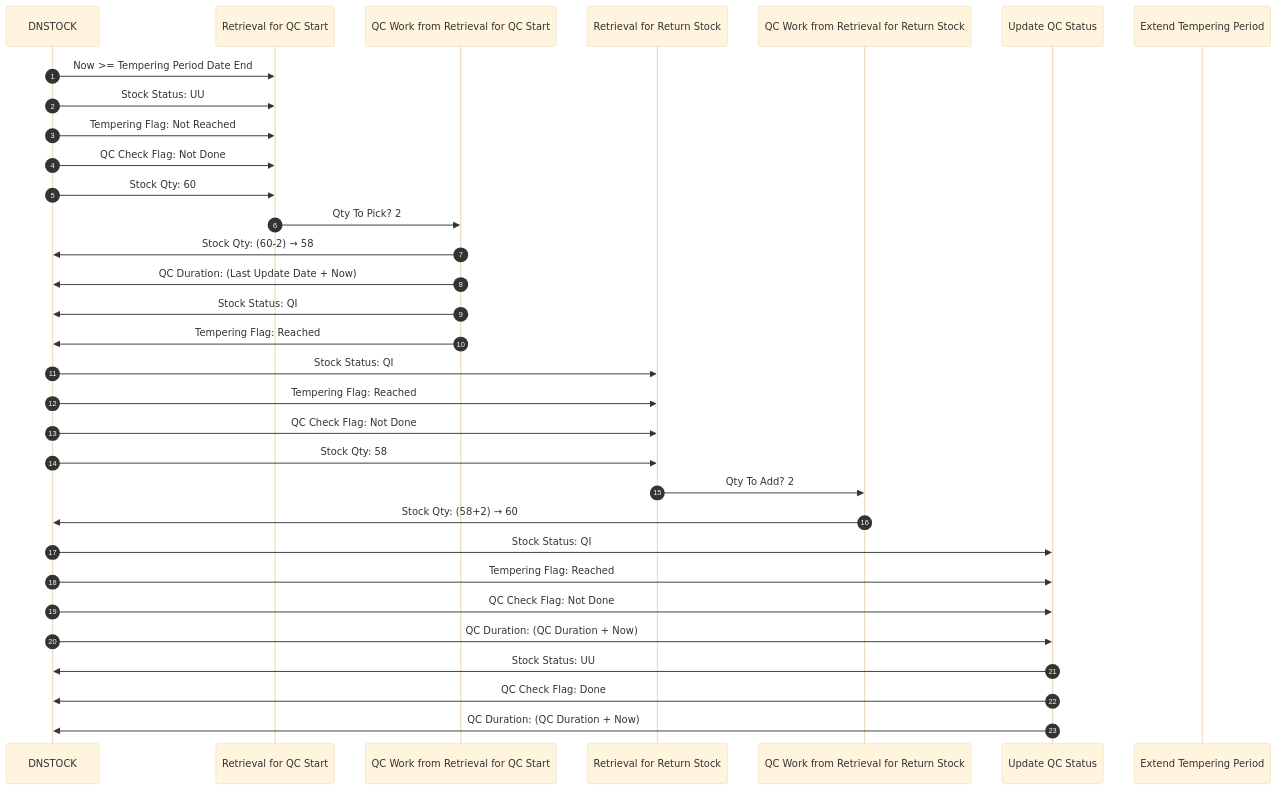
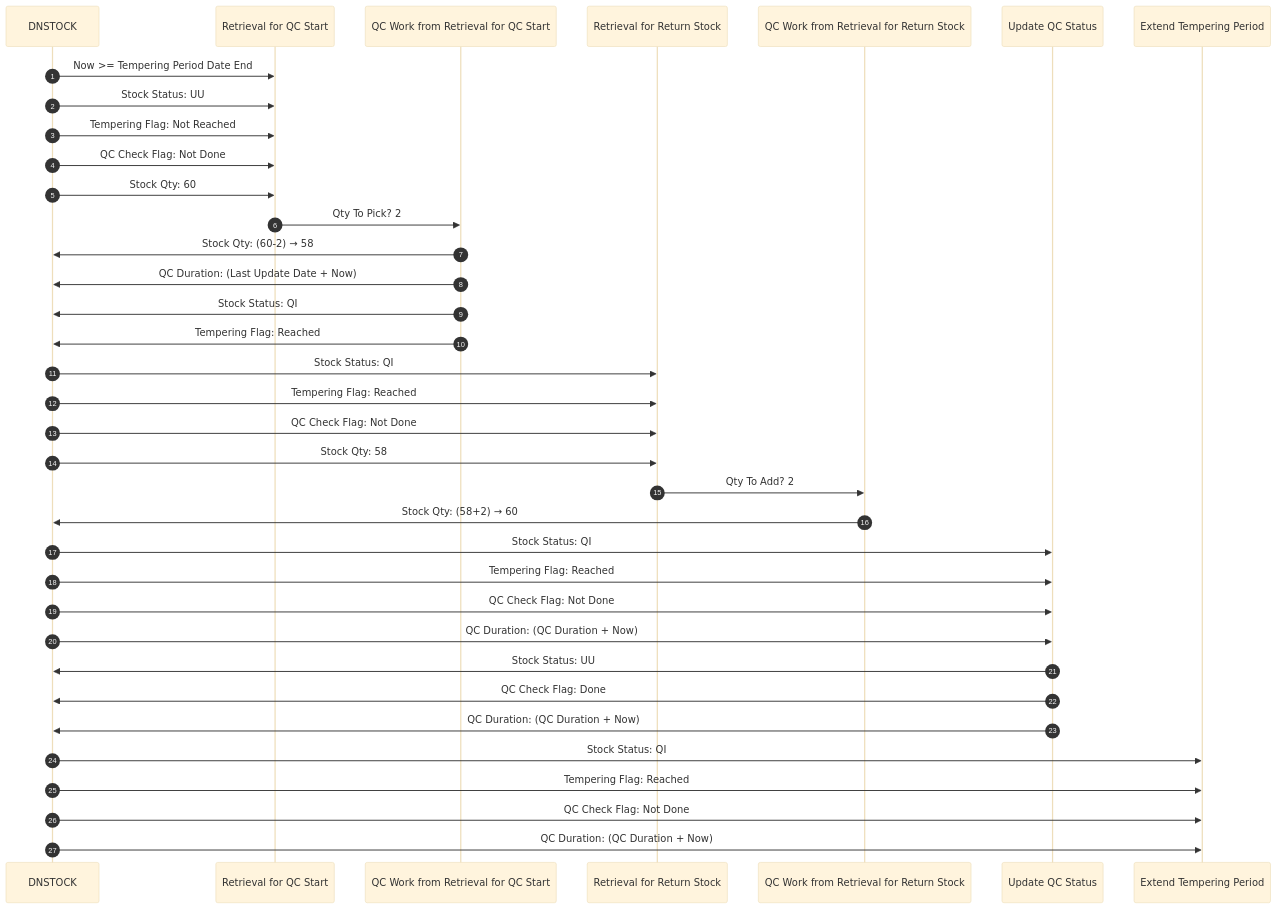
One commit to luthfiadityaa/SimeDarby-Wiki changed the diagram in Basic-Design/DFD-WMS/Retrieval/QC-Setting.md. Above: the diagram before and after it, drawn with Mermaid (base theme).

Commit message:
Updated QC Setting

```diff
--- a/Basic-Design/DFD-WMS/Retrieval/QC-Setting.md
+++ b/Basic-Design/DFD-WMS/Retrieval/QC-Setting.md
@@ -11,52 +11,55 @@
 ::: mermaid
 sequenceDiagram
     autonumber
 
     participant DNSTOCK
     participant Retrieval for QC Start
     participant QC Work from Retrieval for QC Start
     participant Retrieval for Return Stock
     participant QC Work from Retrieval for Return Stock
     participant Update QC Status
     participant Extend Tempering Period
 
     %% --- 1. DNSTOCK ---
     DNSTOCK ->> Retrieval for QC Start: Now >= Tempering Period Date End
     DNSTOCK ->> Retrieval for QC Start: Stock Status: UU  
     DNSTOCK ->> Retrieval for QC Start: Tempering Flag: Not Reached 
     DNSTOCK ->> Retrieval for QC Start: QC Check Flag: Not Done
     DNSTOCK ->> Retrieval for QC Start: Stock Qty: 60
 
     %% --- 2. Retrieval for QC Start ---
     Retrieval for QC Start ->> QC Work from Retrieval for QC Start: Qty To Pick?  2
 
     %% --- 3. QC Work from Retrieval for QC Start ---
     QC Work from Retrieval for QC Start ->> DNSTOCK: Stock Qty: (60-2) → 58
     QC Work from Retrieval for QC Start ->> DNSTOCK: QC Duration: (Last Update Date + Now)
     QC Work from Retrieval for QC Start ->> DNSTOCK: Stock Status: QI
     QC Work from Retrieval for QC Start ->> DNSTOCK: Tempering Flag: Reached
 
     %% --- 4. Retrieval for Return Stock ---
     DNSTOCK ->> Retrieval for Return Stock: Stock Status: QI  
     DNSTOCK ->> Retrieval for Return Stock: Tempering Flag: Reached 
     DNSTOCK ->> Retrieval for Return Stock: QC Check Flag: Not Done
     DNSTOCK ->> Retrieval for Return Stock: Stock Qty: 58
 
     Retrieval for Return Stock ->> QC Work from Retrieval for Return Stock: Qty To Add?  2
 
     %% --- 5. QC Work from Retrieval for Return Stock ---
     QC Work from Retrieval for Return Stock ->> DNSTOCK: Stock Qty: (58+2) → 60
 
     %% --- 6. Update QC Status ---
     DNSTOCK ->> Update QC Status: Stock Status: QI  
     DNSTOCK ->> Update QC Status: Tempering Flag: Reached 
     DNSTOCK ->> Update QC Status: QC Check Flag: Not Done
     DNSTOCK ->> Update QC Status: QC Duration: (QC Duration + Now)
     
     Update QC Status ->> DNSTOCK: Stock Status: UU  
     Update QC Status ->> DNSTOCK: QC Check Flag: Done
     Update QC Status ->> DNSTOCK: QC Duration: (QC Duration + Now)
 
-     %% --- 7. Extend Tempering Period ---
-
+    %% --- 7. Extend Tempering Period ---
+    DNSTOCK ->> Extend Tempering Period: Stock Status: QI  
+    DNSTOCK ->> Extend Tempering Period: Tempering Flag: Reached 
+    DNSTOCK ->> Extend Tempering Period: QC Check Flag: Not Done
+    DNSTOCK ->> Extend Tempering Period: QC Duration: (QC Duration + Now)
 :::
```
